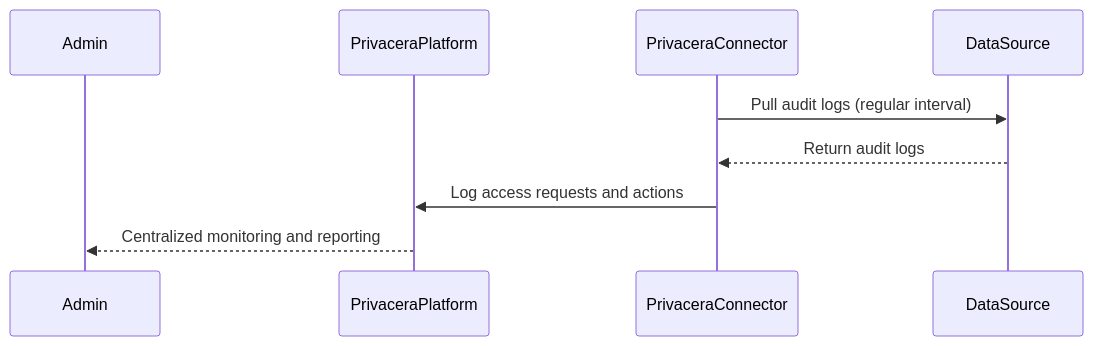
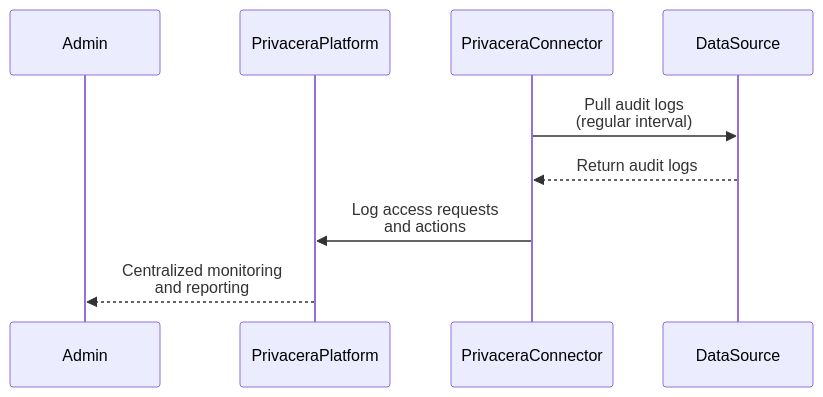
The third of 3 diagrams in mkdocs/docs/resources/design/access-management/integrations/privacera_policysync.md (rangrej-irfan/docs), drawn with Mermaid before and after one commit. The commit also changed other lines of this file and 3 other files, not shown here.

````diff
--- a/mkdocs/docs/resources/design/access-management/integrations/privacera_policysync.md
+++ b/mkdocs/docs/resources/design/access-management/integrations/privacera_policysync.md
@@ -98,12 +98,12 @@
 ```mermaid
 sequenceDiagram
     participant Admin
     participant PrivaceraPlatform
     participant PrivaceraConnector
     participant DataSource
 
-    PrivaceraConnector->>DataSource: Pull audit logs (regular interval)
+    PrivaceraConnector->>DataSource: Pull audit logs<br> (regular interval)
     DataSource-->>PrivaceraConnector: Return audit logs
-    PrivaceraConnector->>PrivaceraPlatform: Log access requests and actions
-    PrivaceraPlatform-->>Admin: Centralized monitoring and reporting
+    PrivaceraConnector->>PrivaceraPlatform: Log access requests<br> and actions
+    PrivaceraPlatform-->>Admin: Centralized monitoring<br> and reporting
 ```
````
